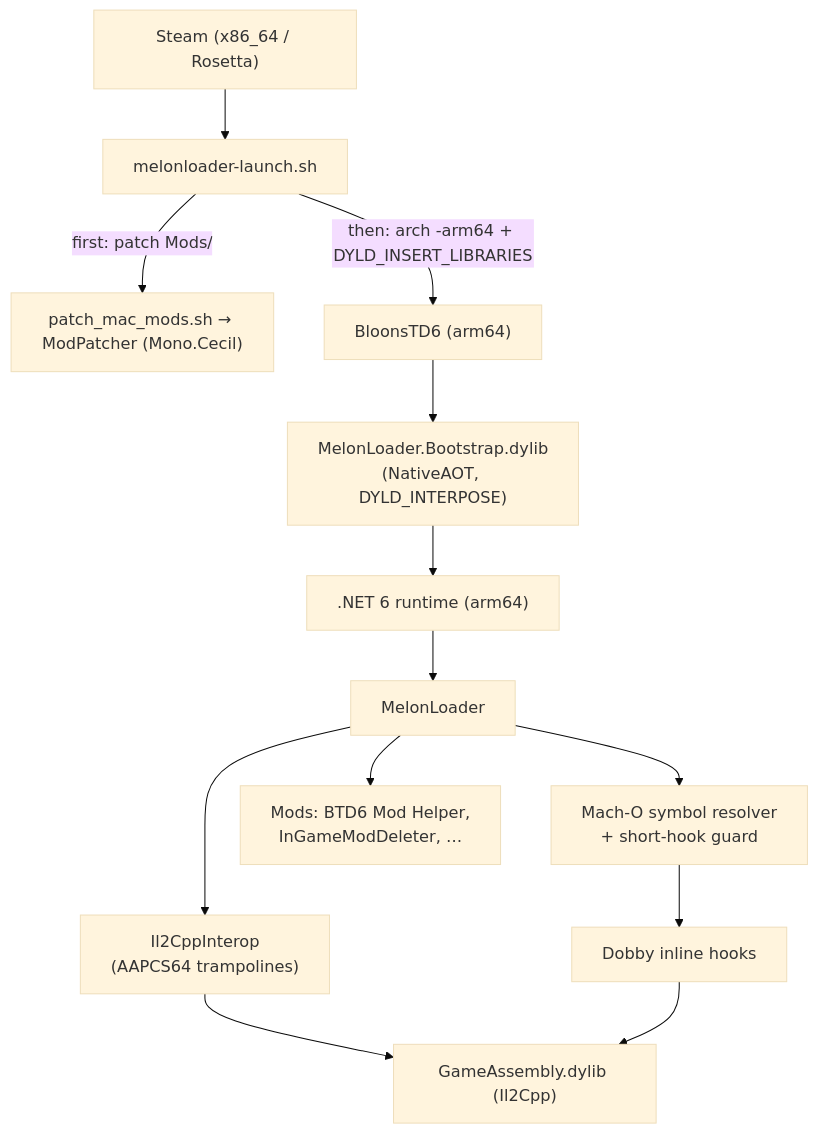
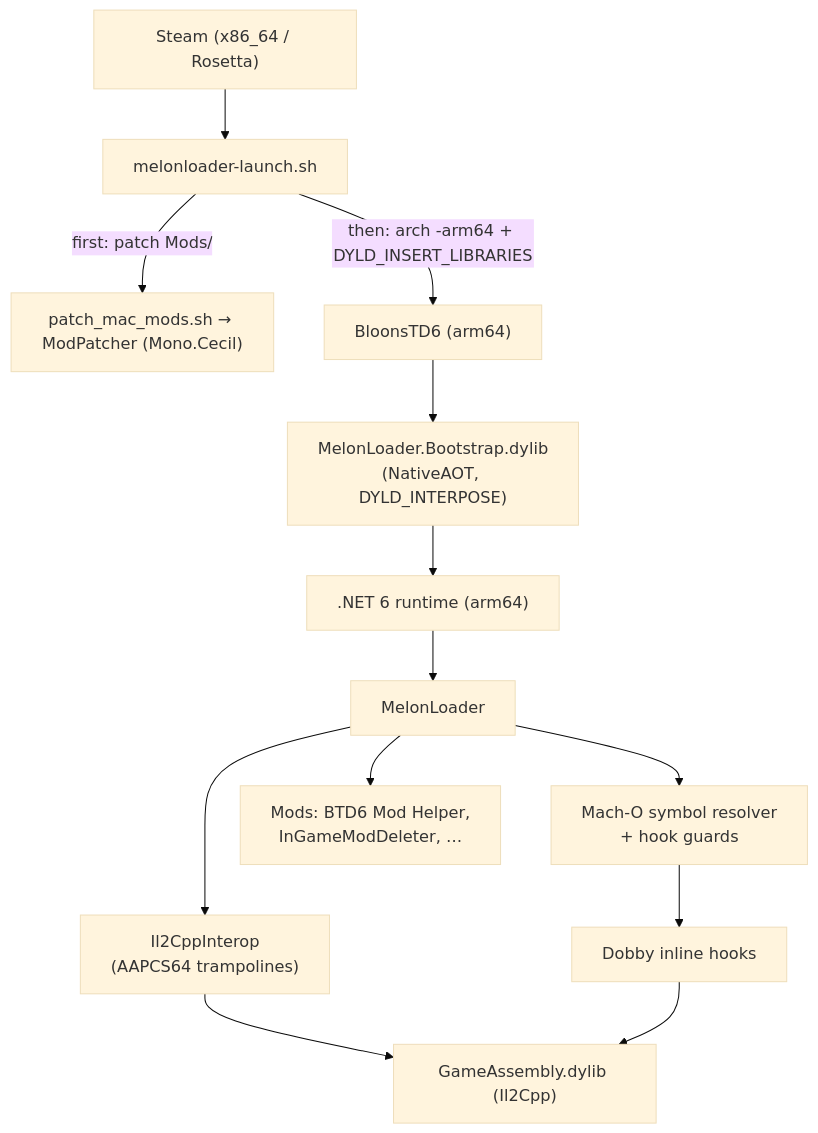
The diagram in README.md (Igorchk/MelonLoader-AppleSilicon), drawn with Mermaid (base theme) before and after one commit. The commit also changed other lines of this file, not shown here.

Commit message:
docs: link the hotfix5 release and document the page-boundary hook guard

````diff
--- a/README.md
+++ b/README.md
@@ -214,15 +208,15 @@
 ```mermaid
 flowchart TD
     Steam["Steam (x86_64 / Rosetta)"] --> Launcher["melonloader-launch.sh"]
     Launcher -->|first: patch Mods/| Patcher["patch_mac_mods.sh → ModPatcher (Mono.Cecil)"]
     Launcher -->|then: arch -arm64 + DYLD_INSERT_LIBRARIES| Game["BloonsTD6 (arm64)"]
     Game --> Bootstrap["MelonLoader.Bootstrap.dylib<br/>(NativeAOT, DYLD_INTERPOSE)"]
     Bootstrap --> Runtime[".NET 6 runtime (arm64)"]
     Runtime --> ML["MelonLoader"]
-    ML --> Symbols["Mach-O symbol resolver<br/>+ short-hook guard"]
+    ML --> Symbols["Mach-O symbol resolver<br/>+ hook guards"]
     ML --> Interop["Il2CppInterop<br/>(AAPCS64 trampolines)"]
     Symbols --> Dobby["Dobby inline hooks"]
     Interop --> GA["GameAssembly.dylib (Il2Cpp)"]
     Dobby --> GA
     ML --> Mods["Mods: BTD6 Mod Helper,<br/>InGameModDeleter, …"]
 ```
````
